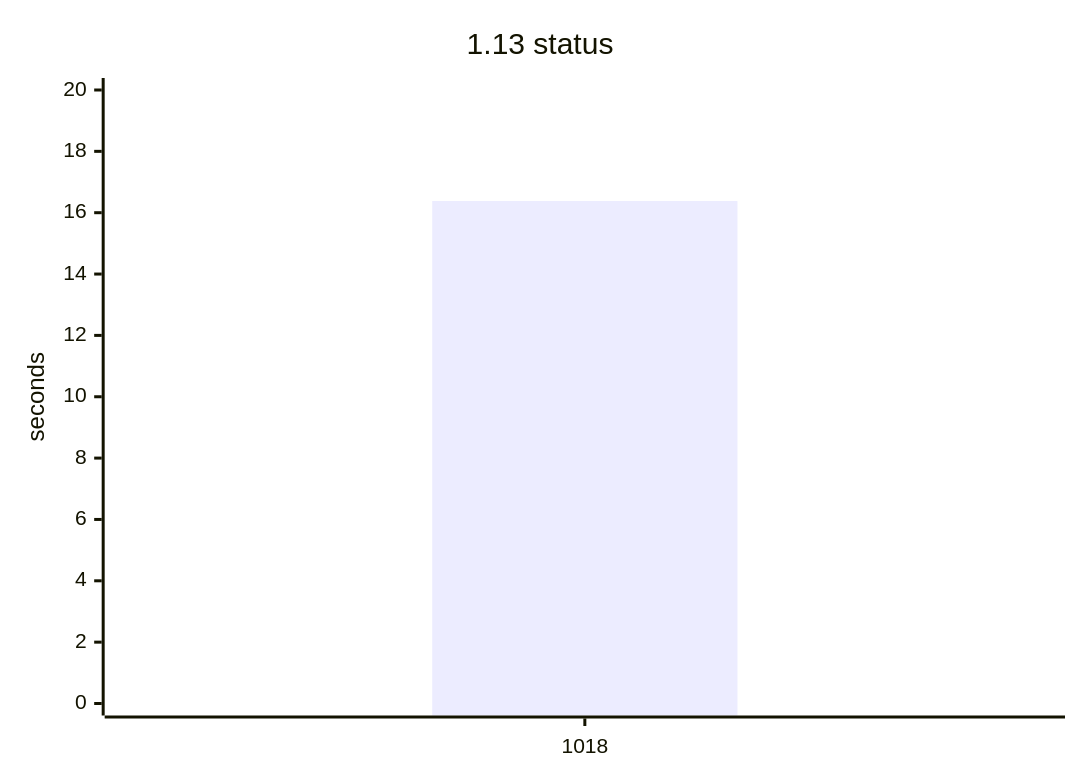
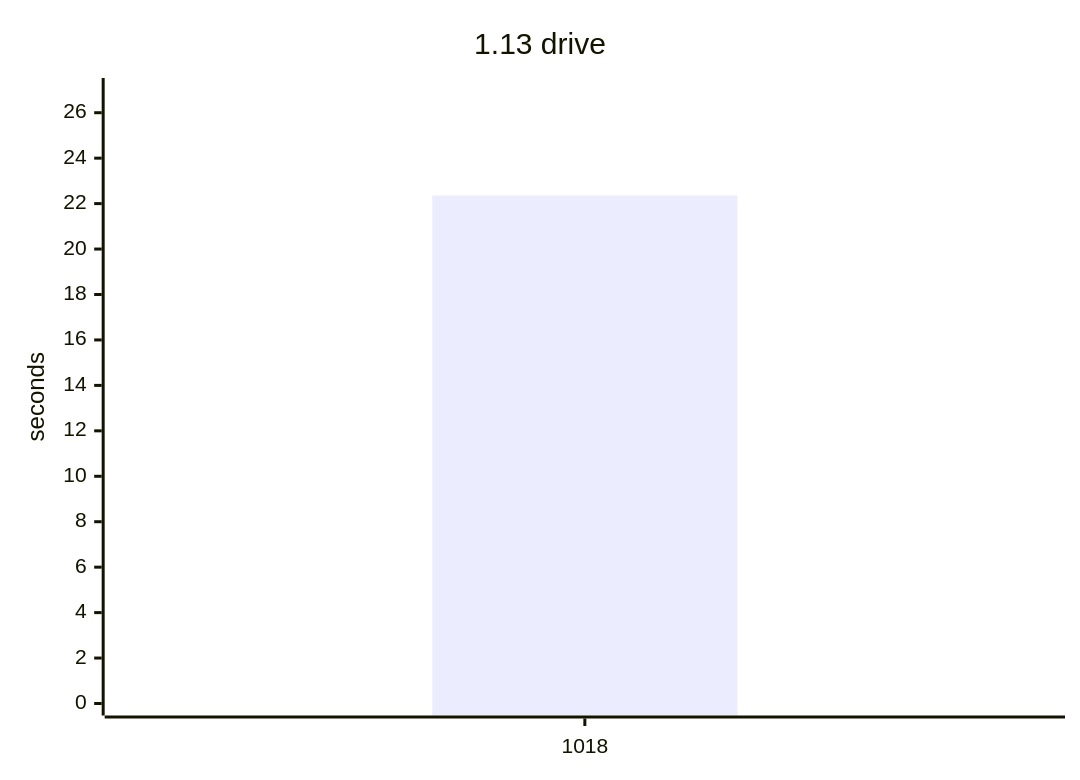
One commit to yamanori99/DistSSHKit.jl changed the fourth of 10 diagrams in README.md. Above: the diagram before and after it, drawn with Mermaid. The commit also changed other lines of this file and 1 other file, not shown here.

````diff
--- a/README.md
+++ b/README.md
@@ -44,7 +89,7 @@
 ```mermaid
 xychart-beta
-    title "1.13 status"
+    title "1.13 drive"
     x-axis ["1018"]
-    y-axis "seconds" 0 --> 20
-    bar [16.38]
+    y-axis "seconds" 0 --> 27
+    bar [22.36]
 ```
````
